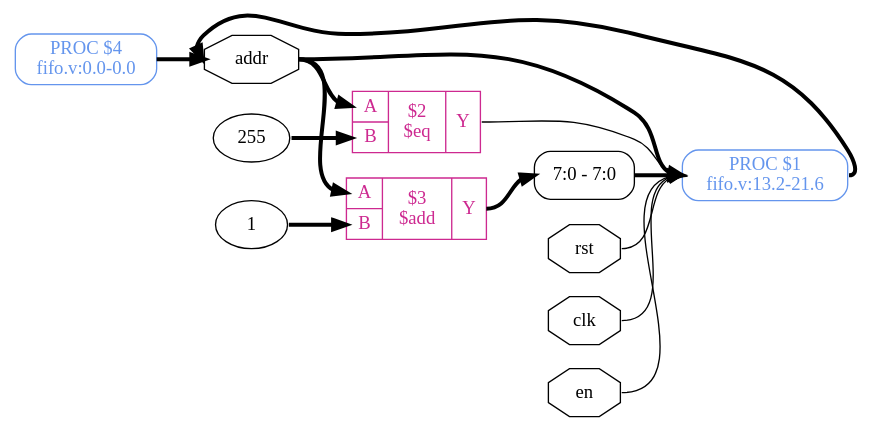
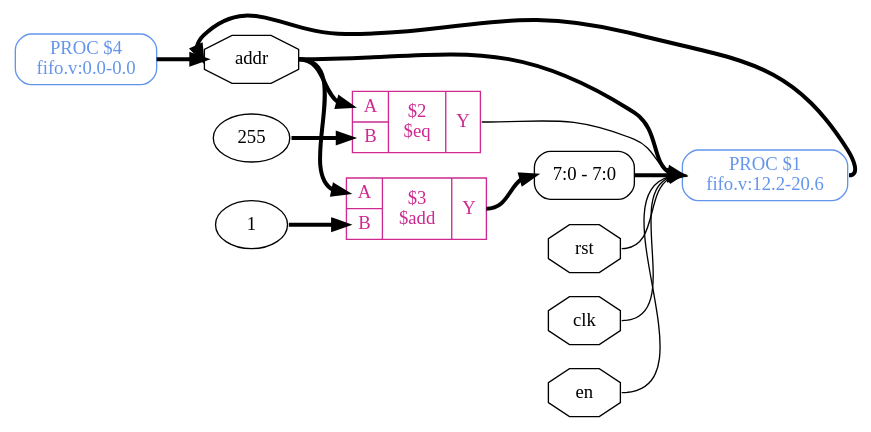
The diagram in source/_images/code_examples/fifo/addr_gen_hier.dot (YosysHQ-Docs/yosys-cmd-ref), drawn with Graphviz before and after one commit. The commit also changed 147 other files, not shown here.

```diff
--- a/source/_images/code_examples/fifo/addr_gen_hier.dot
+++ b/source/_images/code_examples/fifo/addr_gen_hier.dot
@@ -1,28 +1,28 @@
 digraph "addr_gen" {
 rankdir="LR";
 remincross=true;
-n5 [ shape=octagon, label="addr", color="black", fontcolor="black" ];
-n6 [ shape=octagon, label="rst", color="black", fontcolor="black" ];
-n7 [ shape=octagon, label="clk", color="black", fontcolor="black" ];
-n8 [ shape=octagon, label="en", color="black", fontcolor="black" ];
+n5 [ shape=octagon, label="addr", color="black", fontcolor="black"];
+n6 [ shape=octagon, label="rst", color="black", fontcolor="black"];
+n7 [ shape=octagon, label="clk", color="black", fontcolor="black"];
+n8 [ shape=octagon, label="en", color="black", fontcolor="black"];
 v0 [ label="1" ];
 c12 [ shape=record, label="{{<p9> A|<p10> B}|$3\n$add|{<p11> Y}}", color="maroon3", fontcolor="maroon3" ];
 v1 [ label="255" ];
 c13 [ shape=record, label="{{<p9> A|<p10> B}|$2\n$eq|{<p11> Y}}", color="maroon3", fontcolor="maroon3" ];
 p2 [shape=box, style=rounded, label="PROC $4\nfifo.v:0.0-0.0", color="cornflowerblue", fontcolor="cornflowerblue"];
 x4 [ shape=record, style=rounded, label="<s0> 7:0 - 7:0 ", color="black", fontcolor="black" ];
-p3 [shape=box, style=rounded, label="PROC $1\nfifo.v:13.2-21.6", color="cornflowerblue", fontcolor="cornflowerblue"];
+p3 [shape=box, style=rounded, label="PROC $1\nfifo.v:12.2-20.6", color="cornflowerblue", fontcolor="cornflowerblue"];
 c12:p11:e -> x4:s0:w [color="black", fontcolor="black", style="setlinewidth(3)", label=""];
 c13:p11:e -> p3:w [color="black", fontcolor="black", label=""];
 p2:e -> n5:w [color="black", fontcolor="black", style="setlinewidth(3)", label=""];
 p3:e -> n5:w [color="black", fontcolor="black", style="setlinewidth(3)", label=""];
 n5:e -> c12:p9:w [color="black", fontcolor="black", style="setlinewidth(3)", label=""];
 n5:e -> c13:p9:w [color="black", fontcolor="black", style="setlinewidth(3)", label=""];
 n5:e -> p3:w [color="black", fontcolor="black", style="setlinewidth(3)", label=""];
 n6:e -> p3:w [color="black", fontcolor="black", label=""];
 n7:e -> p3:w [color="black", fontcolor="black", label=""];
 n8:e -> p3:w [color="black", fontcolor="black", label=""];
 v0:e -> c12:p10:w [color="black", fontcolor="black", style="setlinewidth(3)", label=""];
 v1:e -> c13:p10:w [color="black", fontcolor="black", style="setlinewidth(3)", label=""];
 x4:e -> p3:w [color="black", fontcolor="black", style="setlinewidth(3)", label=""];
 }
```
